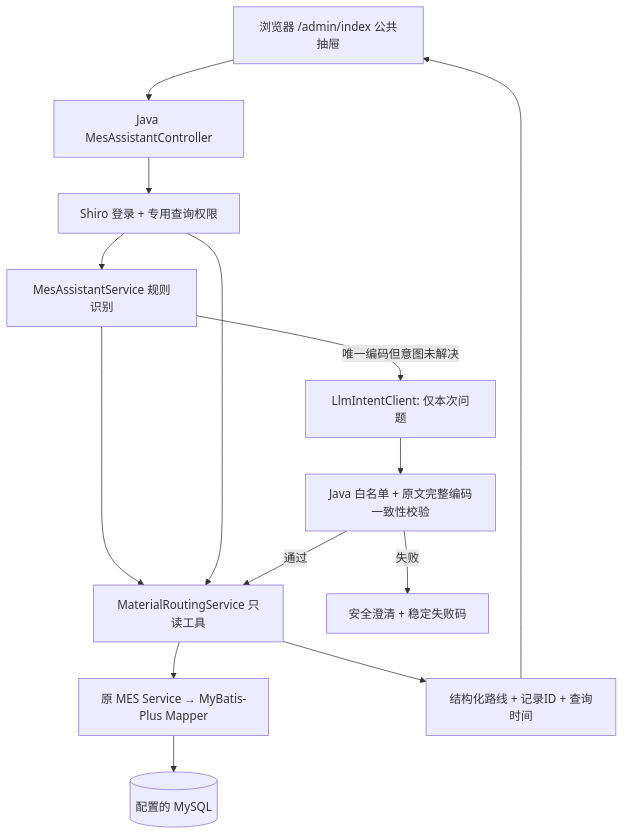
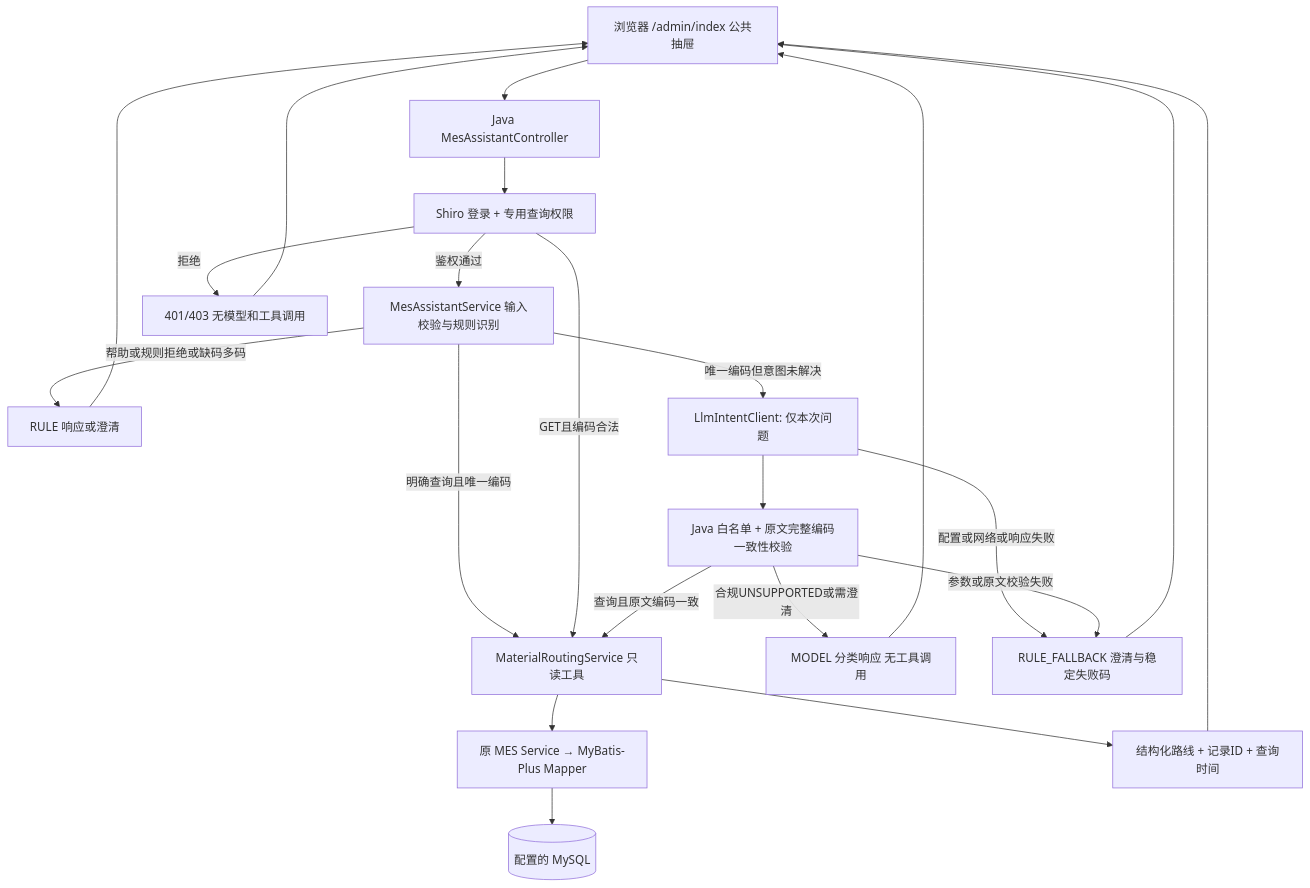
The diagram in docs/AI助手接入与运行指南.md (Gooddaybro/MES-SpringBoot), drawn with Mermaid before and after one commit. The commit also changed other lines of this file and 2 other files, not shown here.

````diff
--- a/docs/AI助手接入与运行指南.md
+++ b/docs/AI助手接入与运行指南.md
@@ -24,16 +26,24 @@
 ```mermaid
 flowchart TD
     B[浏览器 /admin/index 公共抽屉] --> C[Java MesAssistantController]
     C --> G[Shiro 登录 + 专用查询权限]
-    G --> A[MesAssistantService 规则识别]
-    A --> T[MaterialRoutingService 只读工具]
-    G --> T
+    G -- 鉴权通过 --> A[MesAssistantService 输入校验与规则识别]
+    G -- 拒绝 --> E[401/403 无模型和工具调用]
+    A -- 明确查询且唯一编码 --> T[MaterialRoutingService 只读工具]
+    A -- 帮助或规则拒绝或缺码多码 --> D[RULE 响应或澄清]
+    G -- GET且编码合法 --> T
     T --> S[原 MES Service → MyBatis-Plus Mapper]
     S --> DB[(配置的 MySQL)]
     T --> R[结构化路线 + 记录ID + 查询时间]
     R --> B
     A -- 唯一编码但意图未解决 --> L[LlmIntentClient: 仅本次问题]
     L --> V[Java 白名单 + 原文完整编码一致性校验]
-    V -- 通过 --> T
-    V -- 失败 --> F[安全澄清 + 稳定失败码]
+    V -- 查询且原文编码一致 --> T
+    V -- 合规UNSUPPORTED或需澄清 --> N[MODEL 分类响应 无工具调用]
+    L -- 配置或网络或响应失败 --> F[RULE_FALLBACK 澄清与稳定失败码]
+    V -- 参数或原文校验失败 --> F
+    E --> B
+    D --> B
+    N --> B
+    F --> B
 ```
````
